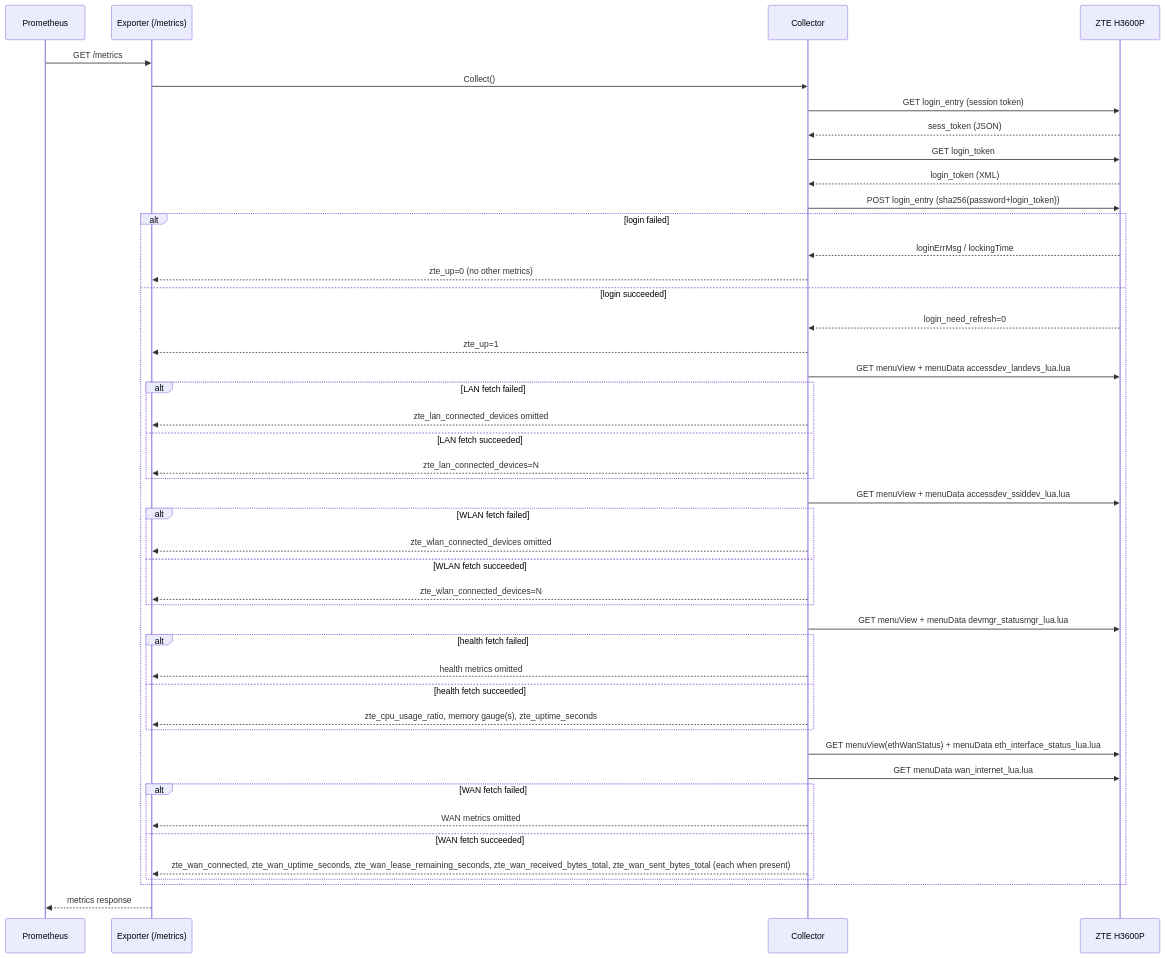
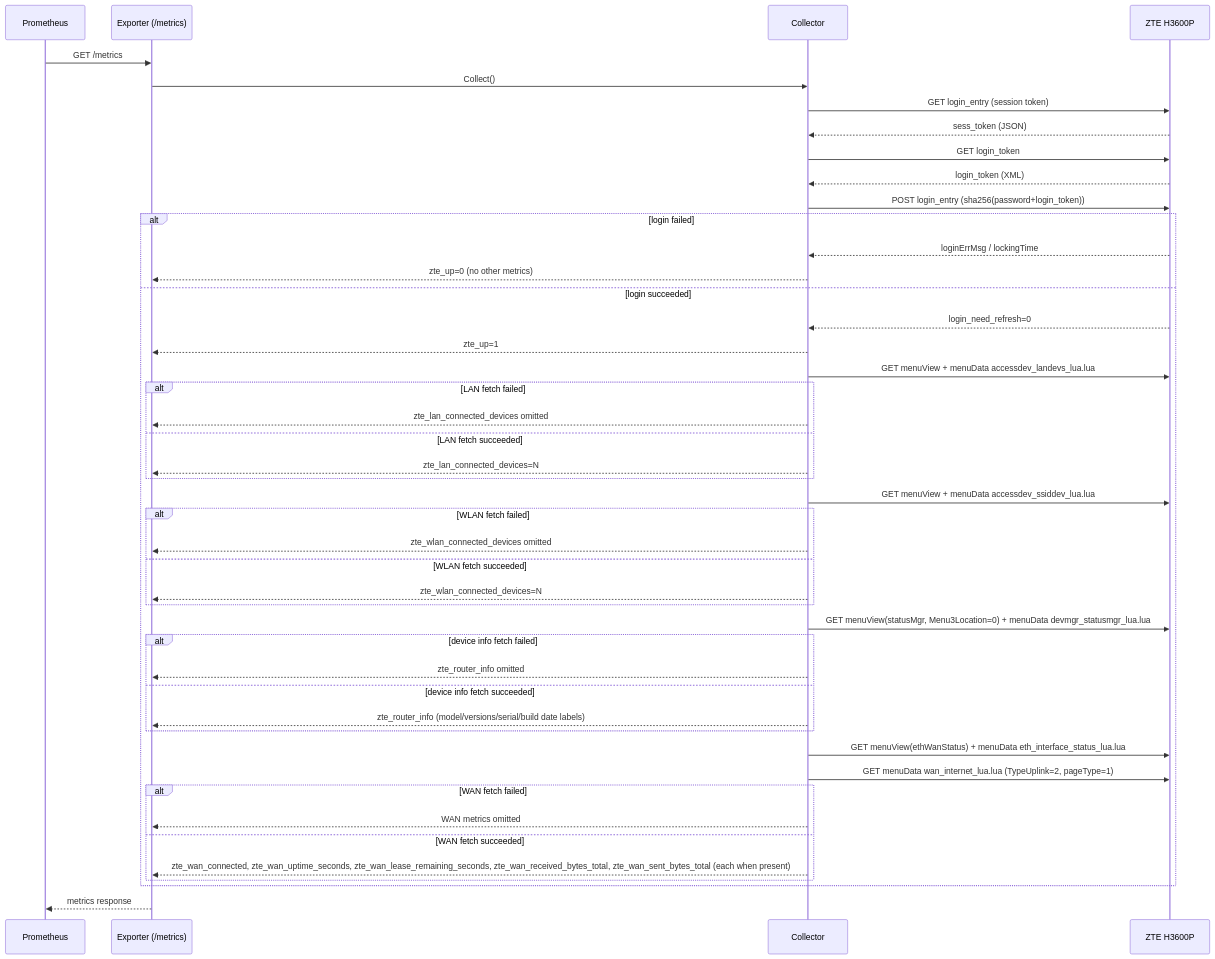
Before and after one commit to cristianat98/ZTE-Exporter: the diagram in docs/flows.md, drawn with Mermaid. The commit also changed other lines of this file and 11 other files, not shown here.

First line of the commit message:
feat(collector): repurpose router health into a device-info metric

````diff
--- a/docs/flows.md
+++ b/docs/flows.md
@@ -8,48 +8,48 @@
 ```mermaid
 sequenceDiagram
     participant Prometheus
     participant Exporter as Exporter (/metrics)
     participant Collector
     participant Router as ZTE H3600P
 
     Prometheus->>Exporter: GET /metrics
     Exporter->>Collector: Collect()
     Collector->>Router: GET login_entry (session token)
     Router-->>Collector: sess_token (JSON)
     Collector->>Router: GET login_token
     Router-->>Collector: login_token (XML)
     Collector->>Router: POST login_entry (sha256(password+login_token))
     alt login failed
         Router-->>Collector: loginErrMsg / lockingTime
         Collector-->>Exporter: zte_up=0 (no other metrics)
     else login succeeded
         Router-->>Collector: login_need_refresh=0
         Collector-->>Exporter: zte_up=1
         Collector->>Router: GET menuView + menuData accessdev_landevs_lua.lua
         alt LAN fetch failed
             Collector-->>Exporter: zte_lan_connected_devices omitted
         else LAN fetch succeeded
             Collector-->>Exporter: zte_lan_connected_devices=N
         end
         Collector->>Router: GET menuView + menuData accessdev_ssiddev_lua.lua
         alt WLAN fetch failed
             Collector-->>Exporter: zte_wlan_connected_devices omitted
         else WLAN fetch succeeded
             Collector-->>Exporter: zte_wlan_connected_devices=N
         end
-        Collector->>Router: GET menuView + menuData devmgr_statusmgr_lua.lua
-        alt health fetch failed
-            Collector-->>Exporter: health metrics omitted
-        else health fetch succeeded
-            Collector-->>Exporter: zte_cpu_usage_ratio, memory gauge(s), zte_uptime_seconds
+        Collector->>Router: GET menuView(statusMgr, Menu3Location=0) + menuData devmgr_statusmgr_lua.lua
+        alt device info fetch failed
+            Collector-->>Exporter: zte_router_info omitted
+        else device info fetch succeeded
+            Collector-->>Exporter: zte_router_info (model/versions/serial/build date labels)
         end
         Collector->>Router: GET menuView(ethWanStatus) + menuData eth_interface_status_lua.lua
-        Collector->>Router: GET menuData wan_internet_lua.lua
+        Collector->>Router: GET menuData wan_internet_lua.lua (TypeUplink=2, pageType=1)
         alt WAN fetch failed
             Collector-->>Exporter: WAN metrics omitted
         else WAN fetch succeeded
             Collector-->>Exporter: zte_wan_connected, zte_wan_uptime_seconds, zte_wan_lease_remaining_seconds, zte_wan_received_bytes_total, zte_wan_sent_bytes_total (each when present)
         end
     end
     Exporter-->>Prometheus: metrics response
 ```
````
